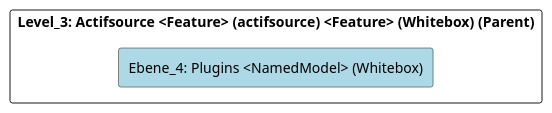
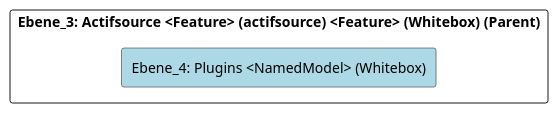
Before and after one commit to marcozwyssig/cleon: the diagram in doc/cleonproject_deliverables_architecture_model_architecture/adoc/de/05_bausteinsicht/cleon/applications/actifsource/modelplugins/ebene_4_model.plugins.adoc, drawn with PlantUML. The commit also changed other lines of this file and 620 other files, not shown here.

```diff
--- a/doc/cleonproject_deliverables_architecture_model_architecture/adoc/de/05_bausteinsicht/cleon/applications/actifsource/modelplugins/ebene_4_model.plugins.adoc
+++ b/doc/cleonproject_deliverables_architecture_model_architecture/adoc/de/05_bausteinsicht/cleon/applications/actifsource/modelplugins/ebene_4_model.plugins.adoc
@@ -20,24 +20,24 @@
 [plantuml, Ebene_4: Plugins <NamedModel> (Whitebox)BlockOverview, format="svg"]
 ----
 @startuml Ebene_4: Plugins <NamedModel> (Whitebox)BuildingBlockOverview
 
 skinparam ranksep 10
 skinparam componentStyle rectangle
 skinparam shadowing false
 skinparam arrowColor lightblue
 skinparam arrowThickness 1.2
 skinparam rectangle {
   BackgroundColor White
   BorderColor #333
   RoundCorner 10
 }
 top to bottom direction
 
-component "Level_3: Actifsource <Feature> (actifsource) <Feature> (Whitebox) (Parent)" {
+component "Ebene_3: Actifsource <Feature> (actifsource) <Feature> (Whitebox) (Parent)" {
     component "Ebene_4: Plugins <NamedModel> (Whitebox)" #lightblue {
     }
 
 }
 
 @enduml
 ----
```
